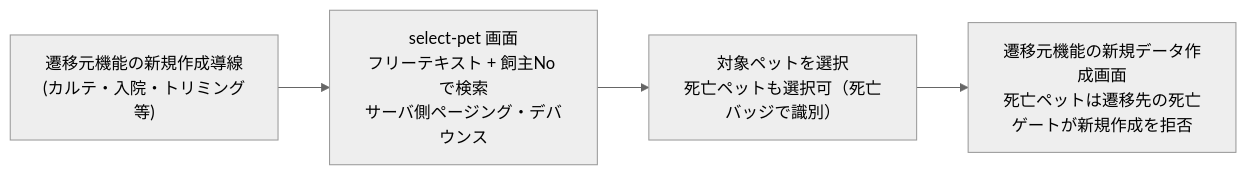
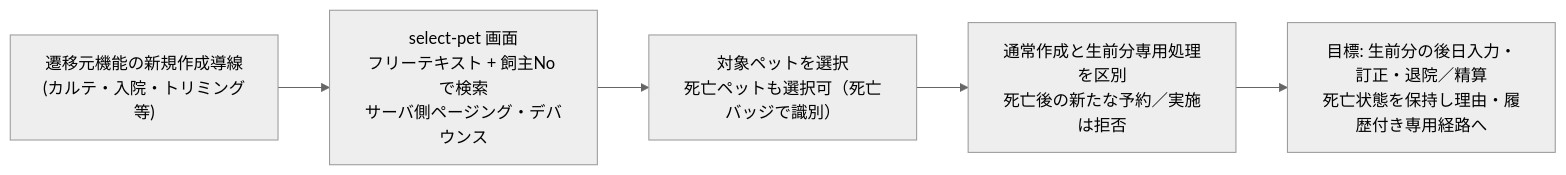
The diagram in docs/spec/screens/00-pet-selection.md (MinoruSoga/AnimalEkarte), drawn with Mermaid (neutral theme) before and after one commit. The commit also changed other lines of this file and 69 other files, not shown here.

````diff
--- a/docs/spec/screens/00-pet-selection.md
+++ b/docs/spec/screens/00-pet-selection.md
@@ -12,6 +14,7 @@
 ```mermaid
 flowchart LR
     A["遷移元機能の新規作成導線<br>(カルテ・入院・トリミング等)"] --> B["select-pet 画面<br>フリーテキスト + 飼主No で検索<br>サーバ側ページング・デバウンス"]
     B --> C["対象ペットを選択<br>死亡ペットも選択可（死亡バッジで識別）"]
-    C --> D["遷移元機能の新規データ作成画面<br>死亡ペットは遷移先の死亡ゲートが新規作成を拒否"]
+    C --> D["通常作成と生前分専用処理を区別<br>死亡後の新たな予約／実施は拒否"]
+    D --> E["目標: 生前分の後日入力・訂正・退院／精算<br>死亡状態を保持し理由・履歴付き専用経路へ"]
 ```
````
